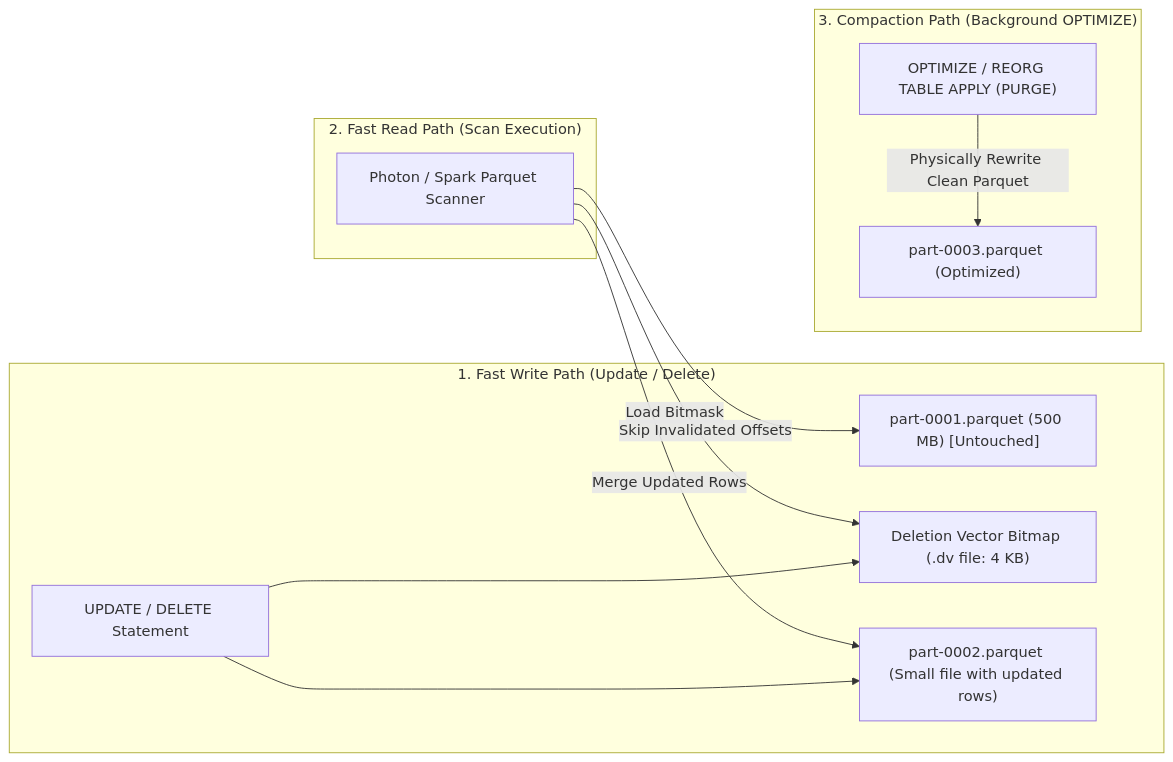
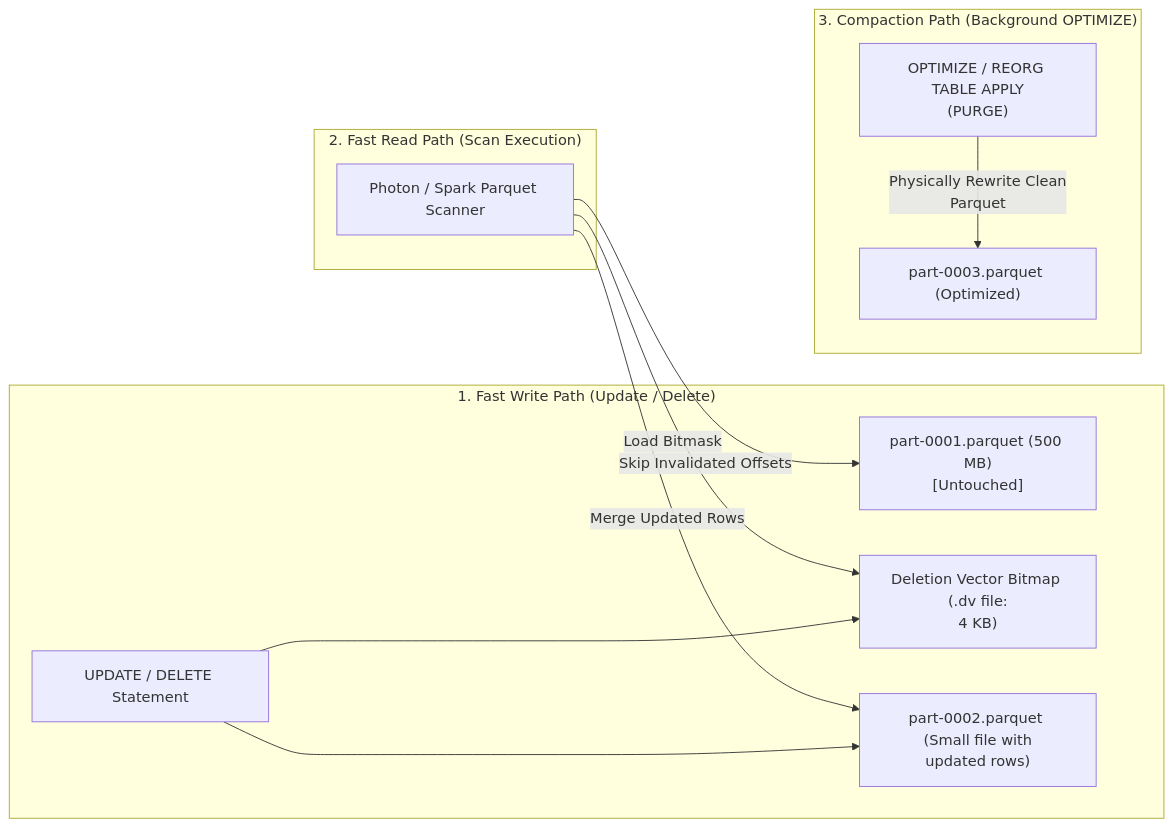
One commit to santoshjammi29/databricks-handbook changed the second of 2 diagrams in architectures/03_delta_lake_3x_storage_engine_and_liquid_clustering.md. Above: the diagram before and after it, drawn with Mermaid. The commit also changed other lines of this file and 8 other files, not shown here.

Commit message:
fix(diagrams): word-wrap labels and escape comparison operators across all diagrams

````diff
--- a/architectures/03_delta_lake_3x_storage_engine_and_liquid_clustering.md
+++ b/architectures/03_delta_lake_3x_storage_engine_and_liquid_clustering.md
@@ -42,25 +42,25 @@
 ```mermaid
 flowchart LR
     subgraph Write["1. Fast Write Path (Update / Delete)"]
         DML["UPDATE / DELETE Statement"]
-        OrigFile["part-0001.parquet (500 MB) [Untouched]"]
-        DV["Deletion Vector Bitmap (.dv file: 4 KB)"]
-        NewFile["part-0002.parquet (Small file with updated rows)"]
+        OrigFile["part-0001.parquet (500 MB)<br/>[Untouched]"]
+        DV["Deletion Vector Bitmap (.dv file:<br/>4 KB)"]
+        NewFile["part-0002.parquet (Small file with<br/>updated rows)"]
         DML --> DV
         DML --> NewFile
     end
 
     subgraph Read["2. Fast Read Path (Scan Execution)"]
         Scanner["Photon / Spark Parquet Scanner"]
         Scanner -->|Load Bitmask| DV
         Scanner -->|Skip Invalidated Offsets| OrigFile
         Scanner -->|Merge Updated Rows| NewFile
     end
 
     subgraph Purge["3. Compaction Path (Background OPTIMIZE)"]
-        Optimize["OPTIMIZE / REORG TABLE APPLY (PURGE)"]
-        Optimize -->|Physically Rewrite Clean Parquet| FinalFile["part-0003.parquet (Optimized)"]
+        Optimize["OPTIMIZE / REORG TABLE APPLY<br/>(PURGE)"]
+        Optimize -->|"Physically Rewrite Clean<br/>Parquet"| FinalFile["part-0003.parquet (Optimized)"]
     end
 
     Write ~~~ Read ~~~ Purge
 ```
````
